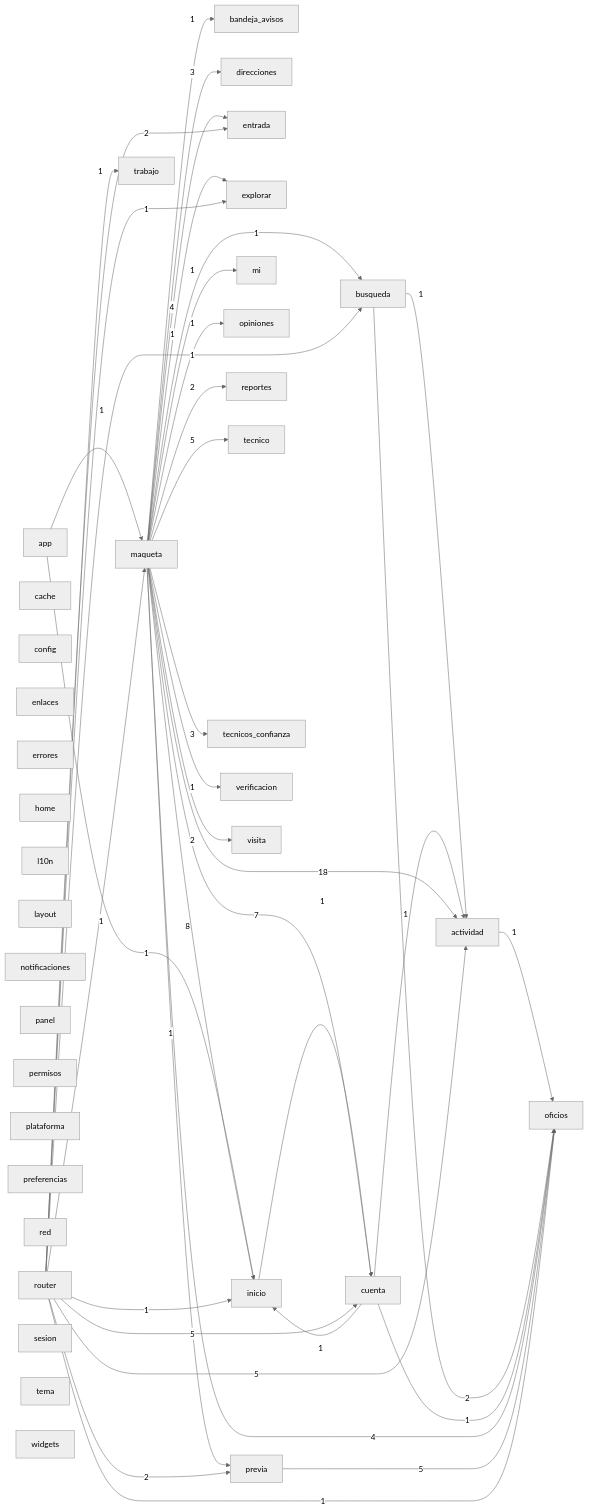
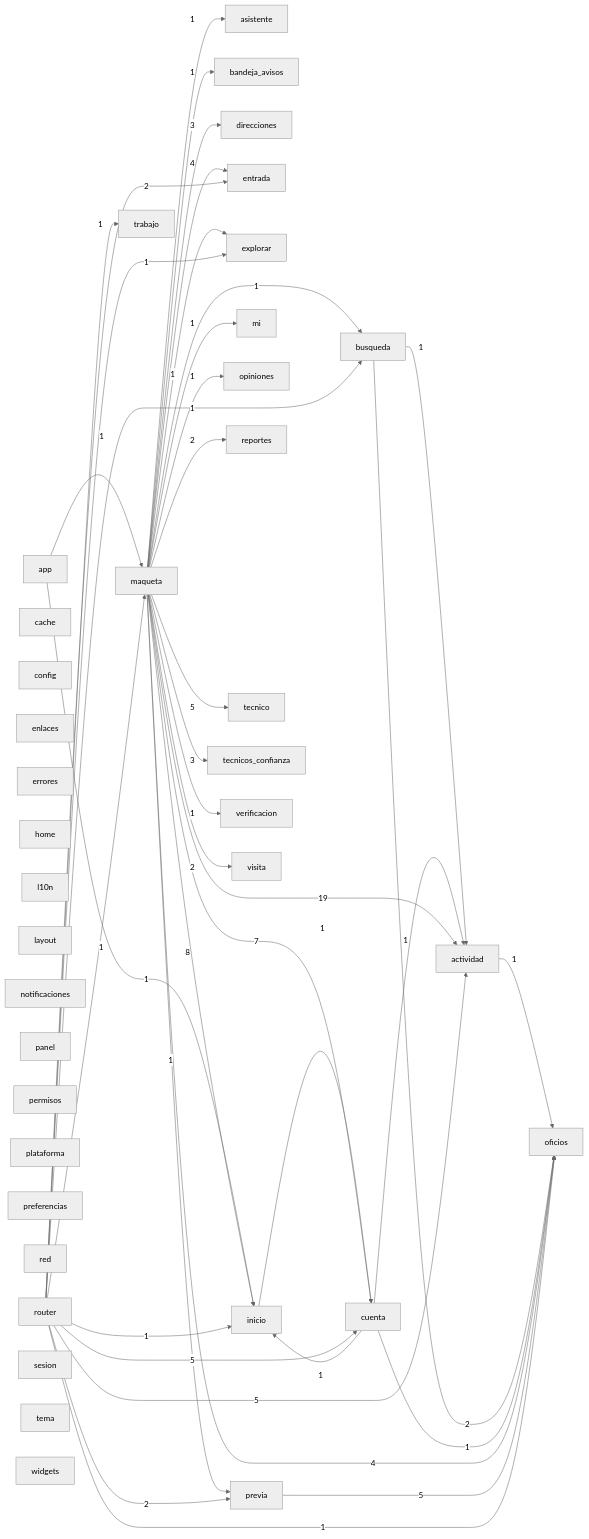
Before and after one commit to Tensei-Devs/knock-frontend: the diagram in docs/architecture/modules.mmd, drawn with Mermaid (neutral theme). The commit also changed 25 other files, not shown here.

```diff
--- a/docs/architecture/modules.mmd
+++ b/docs/architecture/modules.mmd
@@ -1,75 +1,77 @@
 graph LR
   actividad["actividad"]
   app["app"]
+  asistente["asistente"]
   bandeja_avisos["bandeja_avisos"]
   busqueda["busqueda"]
   cache["cache"]
   config["config"]
   cuenta["cuenta"]
   direcciones["direcciones"]
   enlaces["enlaces"]
   entrada["entrada"]
   errores["errores"]
   explorar["explorar"]
   home["home"]
   inicio["inicio"]
   l10n["l10n"]
   layout["layout"]
   maqueta["maqueta"]
   mi["mi"]
   notificaciones["notificaciones"]
   oficios["oficios"]
   opiniones["opiniones"]
   panel["panel"]
   permisos["permisos"]
   plataforma["plataforma"]
   preferencias["preferencias"]
   previa["previa"]
   red["red"]
   reportes["reportes"]
   router["router"]
   sesion["sesion"]
   tecnico["tecnico"]
   tecnicos_confianza["tecnicos_confianza"]
   tema["tema"]
   trabajo["trabajo"]
   verificacion["verificacion"]
   visita["visita"]
   widgets["widgets"]
   actividad -->|1| oficios
   app -->|1| inicio
   app -->|1| maqueta
   busqueda -->|1| actividad
   busqueda -->|2| oficios
   cuenta -->|1| actividad
   cuenta -->|1| inicio
   cuenta -->|1| oficios
   inicio -->|1| cuenta
-  maqueta -->|18| actividad
+  maqueta -->|19| actividad
+  maqueta -->|1| asistente
   maqueta -->|1| bandeja_avisos
   maqueta -->|1| busqueda
   maqueta -->|7| cuenta
   maqueta -->|3| direcciones
   maqueta -->|4| entrada
   maqueta -->|1| explorar
   maqueta -->|8| inicio
   maqueta -->|1| mi
   maqueta -->|4| oficios
   maqueta -->|1| opiniones
   maqueta -->|1| previa
   maqueta -->|2| reportes
   maqueta -->|5| tecnico
   maqueta -->|3| tecnicos_confianza
   maqueta -->|1| verificacion
   maqueta -->|2| visita
   previa -->|5| oficios
   router -->|5| actividad
   router -->|1| busqueda
   router -->|5| cuenta
   router -->|2| entrada
   router -->|1| explorar
   router -->|1| inicio
   router -->|1| maqueta
   router -->|1| oficios
   router -->|2| previa
   router -->|1| trabajo
```
